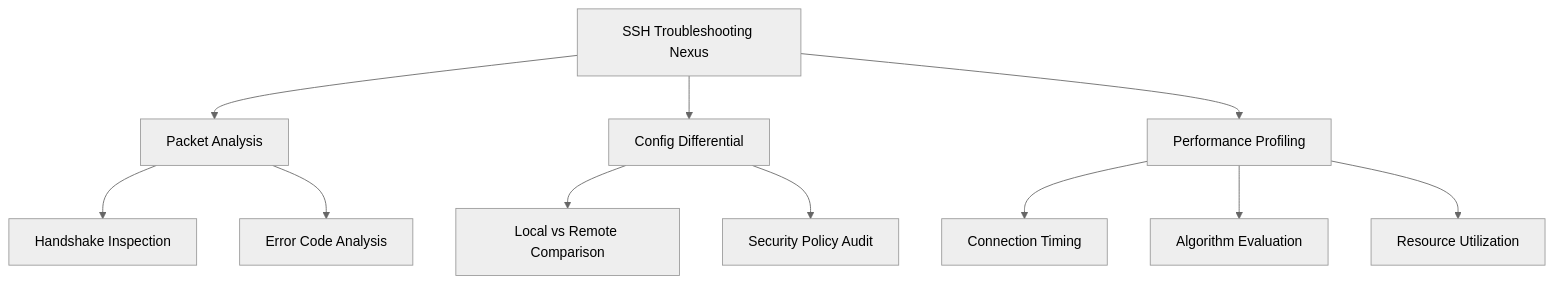
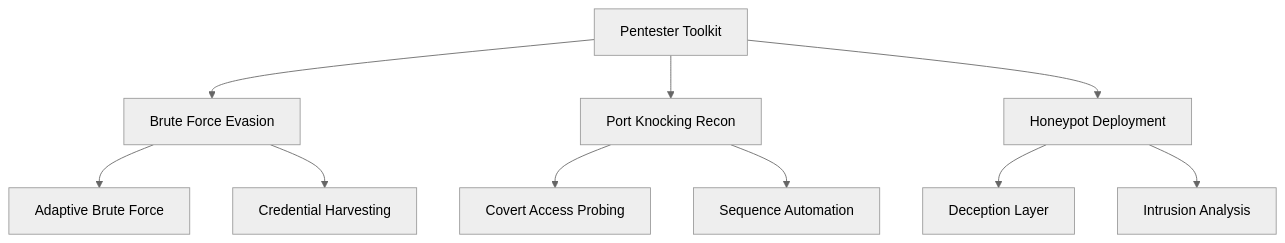
The fourth of 4 diagrams in mastering-ssh-part-one/3 - Intermediate SSH Usage.md (cipherbite/mastering-linux), drawn with Mermaid (neutral theme) before and after one commit. The commit also changed other lines of this file, not shown here.

Commit message:
Update 3 - Intermediate SSH Usage.md

````diff
--- a/mastering-ssh-part-one/3 - Intermediate SSH Usage.md
+++ b/mastering-ssh-part-one/3 - Intermediate SSH Usage.md
@@ -534,13 +517,12 @@
 ```mermaid
 graph TD
-    A[SSH Troubleshooting Nexus] --> B[Packet Analysis]
-    A --> C[Config Differential]
-    A --> D[Performance Profiling]
-    B --> E[Handshake Inspection]
-    B --> F[Error Code Analysis]
-    C --> G[Local vs Remote Comparison]
-    C --> H[Security Policy Audit]
-    D --> I[Connection Timing]
-    D --> J[Algorithm Evaluation]
-    D --> K[Resource Utilization]
+    A[Pentester Toolkit] --> B[Brute Force Evasion]
+    A --> C[Port Knocking Recon]
+    A --> D[Honeypot Deployment]
+    B --> E[Adaptive Brute Force]
+    B --> F[Credential Harvesting]
+    C --> G[Covert Access Probing]
+    C --> H[Sequence Automation]
+    D --> I[Deception Layer]
+    D --> J[Intrusion Analysis]
 ```
````
